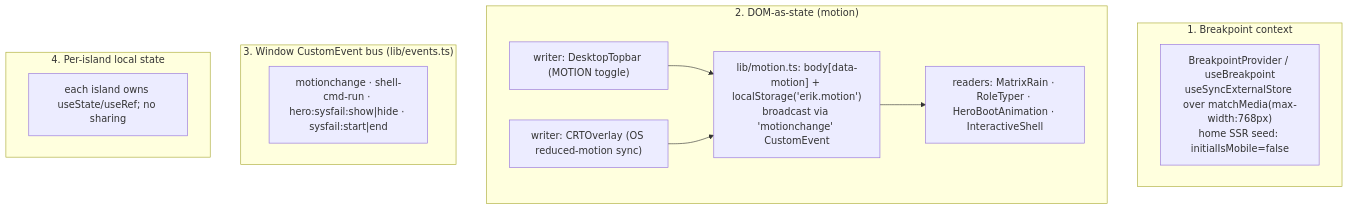
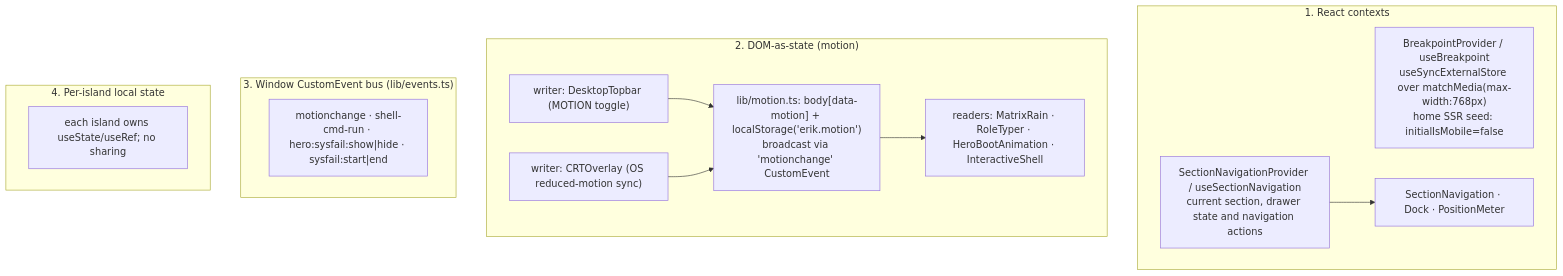
One commit to erikunha/portfolio changed the second of 2 diagrams in docs/04-components-and-state.md. Above: the diagram before and after it, drawn with Mermaid. The commit also changed other lines of this file and 6 other files, not shown here.

First line of the commit message:
fix(navigation): share drawer identity and document client islands

````diff
--- a/docs/04-components-and-state.md
+++ b/docs/04-components-and-state.md
@@ -94,18 +98,20 @@
 ```mermaid
 flowchart TD
-    subgraph ctx["1. Breakpoint context"]
+    subgraph ctx["1. React contexts"]
         bp["BreakpointProvider / useBreakpoint<br/>useSyncExternalStore over matchMedia(max-width:768px)<br/>home SSR seed: initialIsMobile=false"]
+        navigation["SectionNavigationProvider / useSectionNavigation<br/>current section, drawer state and navigation actions"]
+        navigation --> consumers["SectionNavigation · Dock · PositionMeter"]
     end
     subgraph dom["2. DOM-as-state (motion)"]
         motion["lib/motion.ts: body[data-motion] + localStorage('erik.motion')<br/>broadcast via 'motionchange' CustomEvent"]
         w1["writer: DesktopTopbar (MOTION toggle)"] --> motion
         w2["writer: CRTOverlay (OS reduced-motion sync)"] --> motion
         motion --> r1["readers: MatrixRain · RoleTyper · HeroBootAnimation · InteractiveShell"]
     end
     subgraph bus["3. Window CustomEvent bus (lib/events.ts)"]
         ev["motionchange · shell-cmd-run · hero:sysfail:show|hide · sysfail:start|end"]
     end
     subgraph local["4. Per-island local state"]
         li["each island owns useState/useRef; no sharing"]
     end
 ```
````
